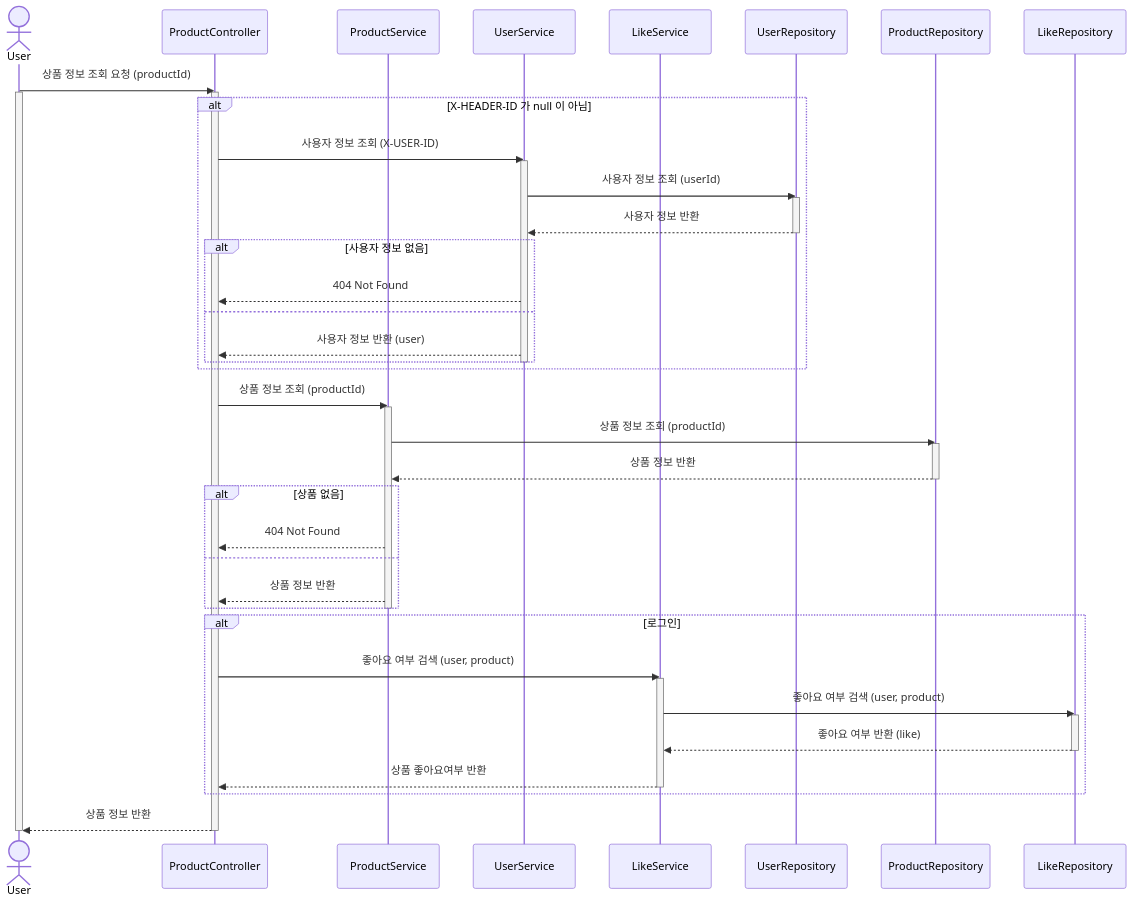
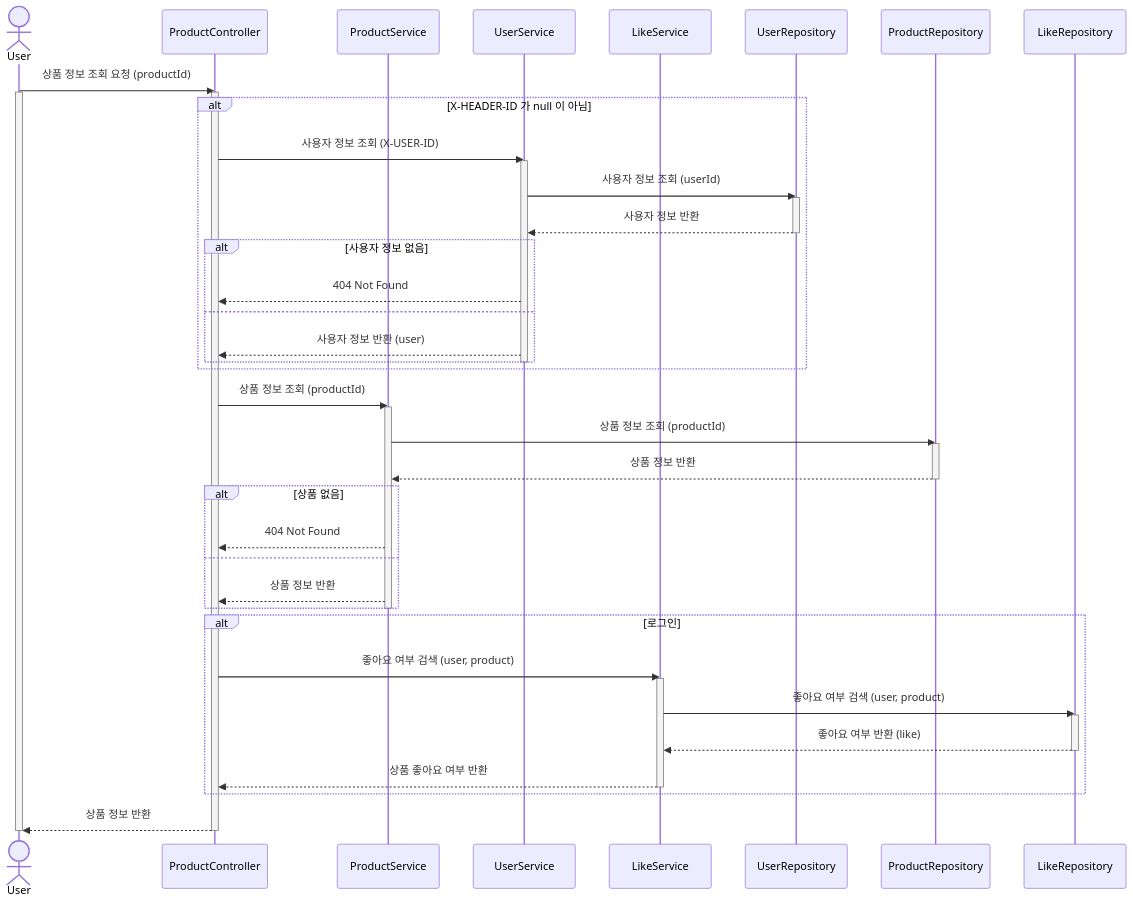
Before and after one commit to soyeonnnb/loopers-java-template: the third of 13 diagrams in docs/design/02-sequence-diagrams.md, drawn with Mermaid. The commit also changed other lines of this file and 3 other files, not shown here.

````diff
--- a/docs/design/02-sequence-diagrams.md
+++ b/docs/design/02-sequence-diagrams.md
@@ -110,54 +110,55 @@
 ```mermaid
 sequenceDiagram
 	actor U as User
 	participant PC as ProductController
 	participant PS as ProductService
 	participant US as UserService
 	participant LS as LikeService
 	participant UR as UserRepository
 	participant PR as ProductRepository
 	participant LR as LikeRepository
 
 	U ->> PC: 상품 정보 조회 요청 (productId)
 	activate U
 		activate PC
 			alt X-HEADER-ID 가 null 이 아님
 				PC ->> US: 사용자 정보 조회 (X-USER-ID)
 				activate US
 					US ->> UR: 사용자 정보 조회 (userId)
 					activate UR
 						UR -->> US: 사용자 정보 반환
 					deactivate UR
 					alt 사용자 정보 없음
 						US -->> PC: 404 Not Found
 					else
 						US -->> PC: 사용자 정보 반환 (user)
 					end
 				deactivate US
 			end
 			PC ->> PS: 상품 정보 조회 (productId)
 			activate PS
 				PS ->> PR: 상품 정보 조회 (productId)
 				activate PR
 					PR -->> PS: 상품 정보 반환
 				deactivate PR
 				alt 상품 없음
 					PS -->> PC: 404 Not Found
 				else
 					PS-->> PC: 상품 정보 반환
 				end
 			deactivate PS
 			alt 로그인
 				PC ->> LS: 좋아요 여부 검색 (user, product)
 				activate LS
 					LS ->> LR: 좋아요 여부 검색 (user, product)
 					activate LR
 						LR -->> LS: 좋아요 여부 반환 (like)
 					deactivate LR
-					LS -->> PC: 상품 좋아요여부 반환
+					LS -->> PC: 상품 좋아요 여부 반환
 				deactivate LS
 			end
+
 			PC -->> U: 상품 정보 반환
 		deactivate PC
 	deactivate U
 ```
````
